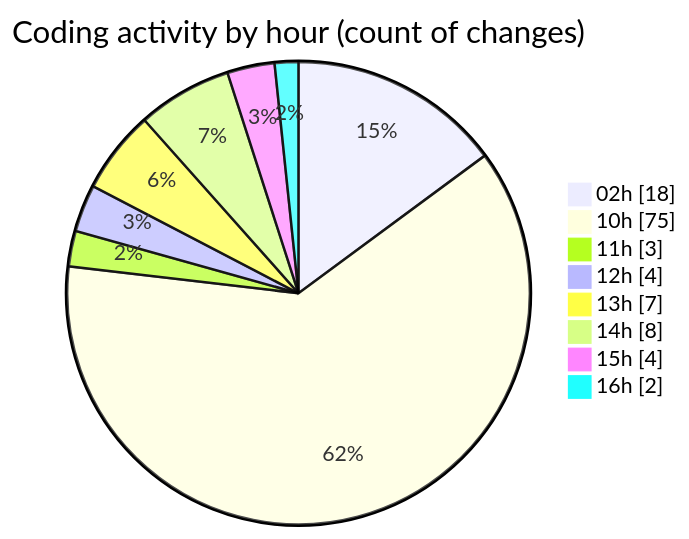
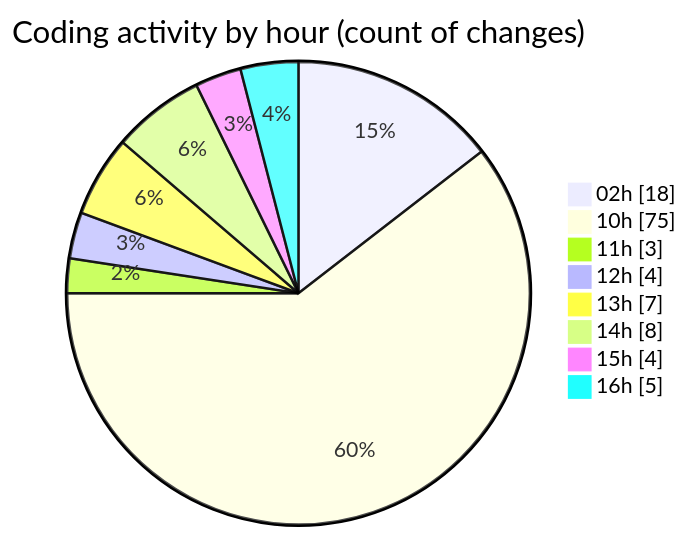
Before and after one commit to shibass792/code-tracking: the second of 2 diagrams in 2026-07-08/twenty_versions_aminor/README.md, drawn with Mermaid. The commit also changed other lines of this file and 1 other file, not shown here.

````diff
--- a/2026-07-08/twenty_versions_aminor/README.md
+++ b/2026-07-08/twenty_versions_aminor/README.md
@@ -39,12 +40,12 @@
 ```mermaid
 pie showData
 title Coding activity by hour (count of changes)
 "02h" : 18
 "10h" : 75
 "11h" : 3
 "12h" : 4
 "13h" : 7
 "14h" : 8
 "15h" : 4
-"16h" : 2
+"16h" : 5
 ```
````
